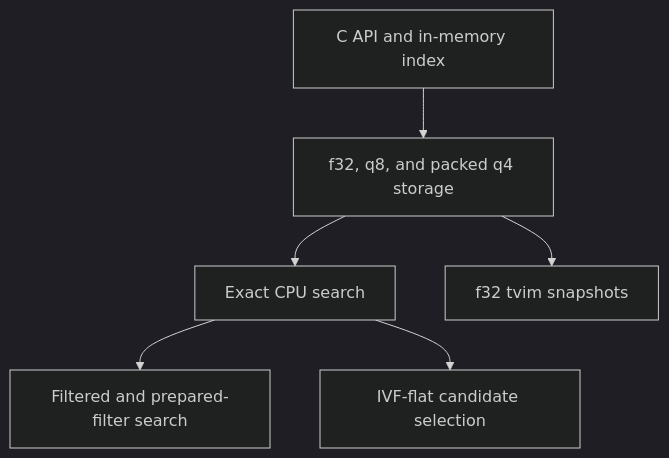
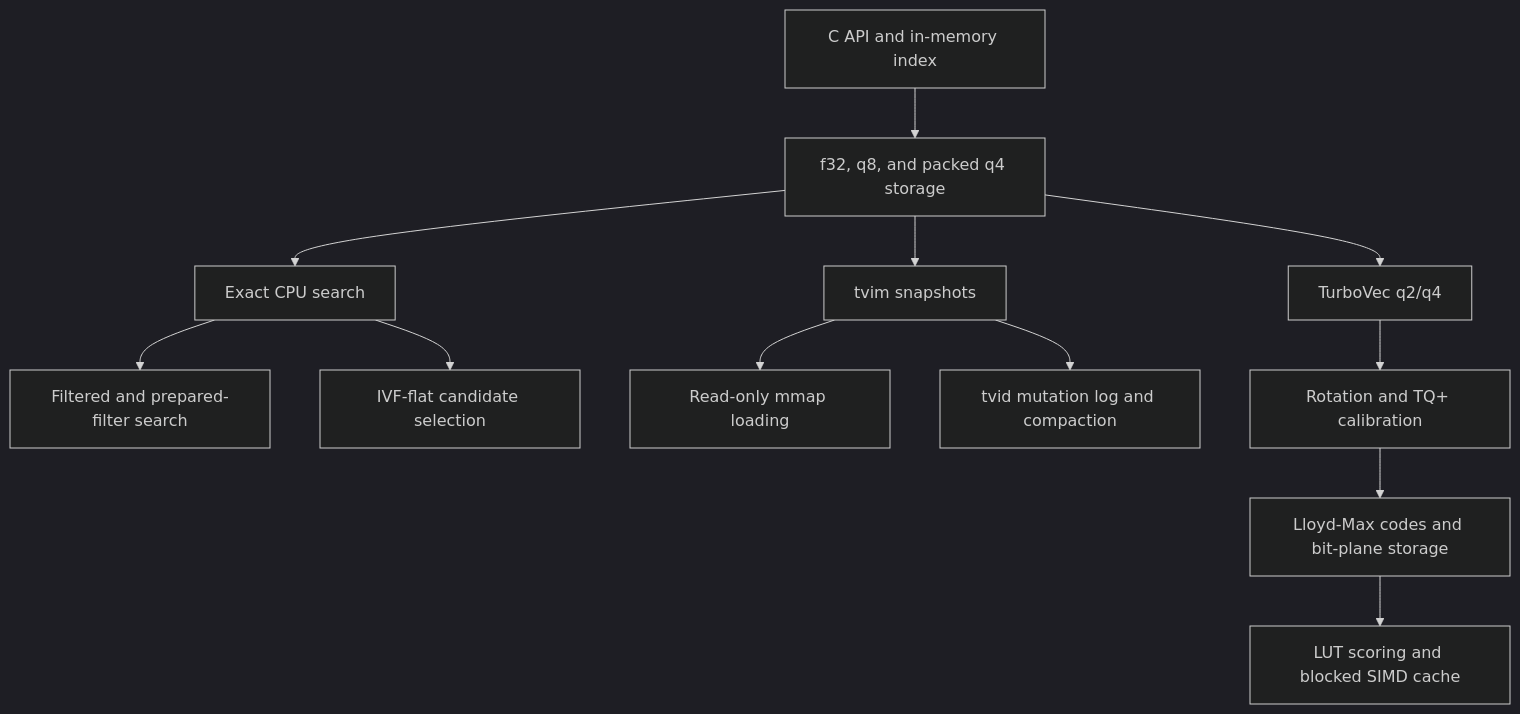
Before and after one commit to gagallo7/qvac-fabric-llm.cpp: the diagram in docs/vector-index.md, drawn with Mermaid (dark theme). The commit also changed other lines of this file and 33 other files, not shown here.

First line of the commit message:
ggml : vector-index snapshots, mmap, delta log, TurboVec q2/q4 indexes

````diff
--- a/docs/vector-index.md
+++ b/docs/vector-index.md
@@ -17,8 +17,14 @@
 ```mermaid
 flowchart TD
     api["C API and in-memory index"] --> storage["f32, q8, and packed q4 storage"]
     storage --> exact["Exact CPU search"]
     exact --> filters["Filtered and prepared-filter search"]
     exact --> ivf["IVF-flat candidate selection"]
-    storage --> snapshot["f32 tvim snapshots"]
+    storage --> snapshot["tvim snapshots"]
+    snapshot --> mmap["Read-only mmap loading"]
+    snapshot --> delta["tvid mutation log and compaction"]
+    storage --> turbovec["TurboVec q2/q4"]
+    turbovec --> rotation["Rotation and TQ+ calibration"]
+    rotation --> codes["Lloyd-Max codes and bit-plane storage"]
+    codes --> lut["LUT scoring and blocked SIMD cache"]
 ```
````
